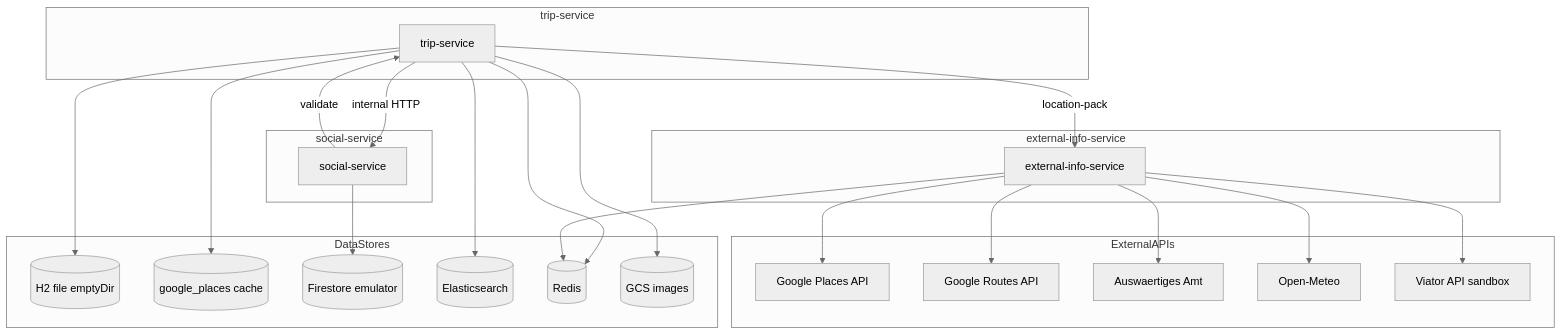
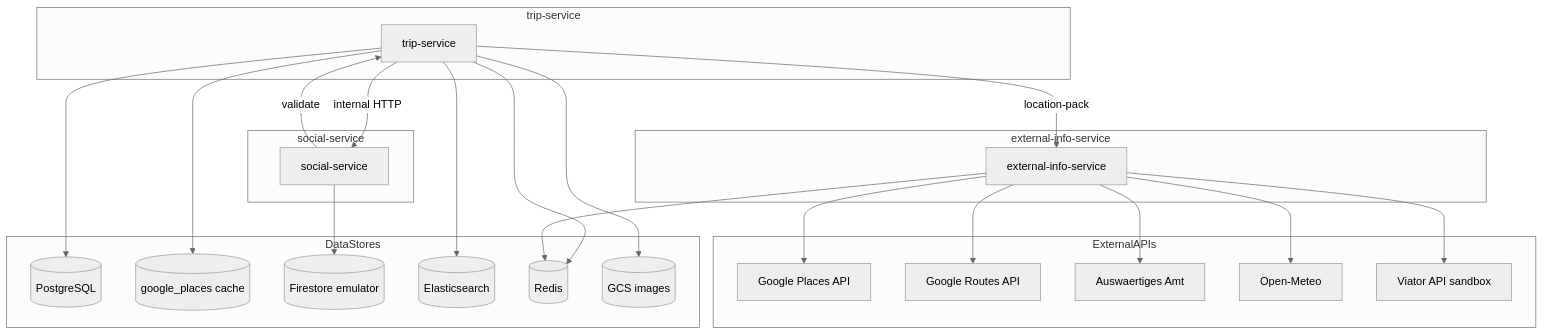
Before and after one commit to tbd-htwg/backend: the third of 4 diagrams in docs/gettingstarted/STATE.md, drawn with Mermaid (neutral theme). The commit also changed other lines of this file and 4 other files, not shown here.

````diff
--- a/docs/gettingstarted/STATE.md
+++ b/docs/gettingstarted/STATE.md
@@ -185,49 +190,49 @@
 ```mermaid
 flowchart TB
   subgraph TripPod["trip-service"]
     Trip[trip-service]
   end
 
   subgraph SocialPod["social-service"]
     Social[social-service]
   end
 
   subgraph ExtPod["external-info-service"]
     Ext[external-info-service]
   end
 
   subgraph DataStores
-    H2[(H2 file emptyDir)]
+    PG[(PostgreSQL)]
     GP[(google_places cache)]
     FSE[(Firestore emulator)]
     ES[(Elasticsearch)]
     Redis[(Redis)]
     GCS[(GCS images)]
   end
 
   subgraph ExternalAPIs
     Places[Google Places API]
     Routes[Google Routes API]
     Amt[Auswaertiges Amt]
     Meteo[Open-Meteo]
     Viator[Viator API sandbox]
   end
 
-  Trip --> H2
+  Trip --> PG
   Trip --> GP
   Trip --> ES
   Trip --> Redis
   Trip --> GCS
   Trip -->|internal HTTP| Social
   Trip -->|location-pack| Ext
 
   Social --> FSE
   Social -->|validate| Trip
 
   Ext --> Redis
   Ext --> Places
   Ext --> Routes
   Ext --> Amt
   Ext --> Meteo
   Ext --> Viator
 ```
````
